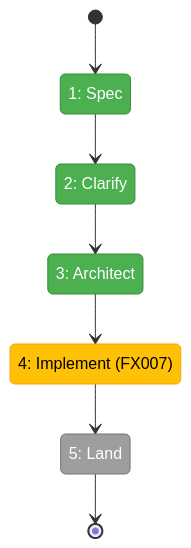
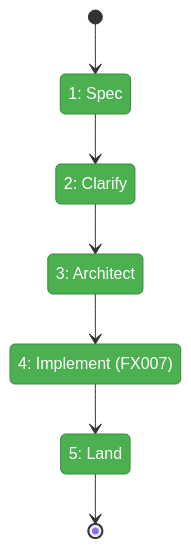
The second of 2 diagrams in docs/plans/084-random-enhancements-3/copy-repo-url.fltplan.md (AI-Substrate/chainglass), drawn with Mermaid before and after one commit. The commit also changed other lines of this file and 4 other files, not shown here.

````diff
--- a/docs/plans/084-random-enhancements-3/copy-repo-url.fltplan.md
+++ b/docs/plans/084-random-enhancements-3/copy-repo-url.fltplan.md
@@ -84,24 +84,22 @@
 ```mermaid
 stateDiagram-v2
     classDef pending fill:#9E9E9E,stroke:#757575,color:#fff
     classDef active fill:#FFC107,stroke:#FFA000,color:#000
     classDef done fill:#4CAF50,stroke:#388E3C,color:#fff
     classDef blocked fill:#F44336,stroke:#D32F2F,color:#fff
 
     state "1: Spec" as S1
     state "2: Clarify" as S2
     state "3: Architect" as S3
     state "4: Implement (FX007)" as S4
     state "5: Land" as S5
 
     [*] --> S1
     S1 --> S2
     S2 --> S3
     S3 --> S4
     S4 --> S5
     S5 --> [*]
 
-    class S1,S2,S3 done
-    class S4 active
-    class S5 pending
+    class S1,S2,S3,S4,S5 done
 ```
````
